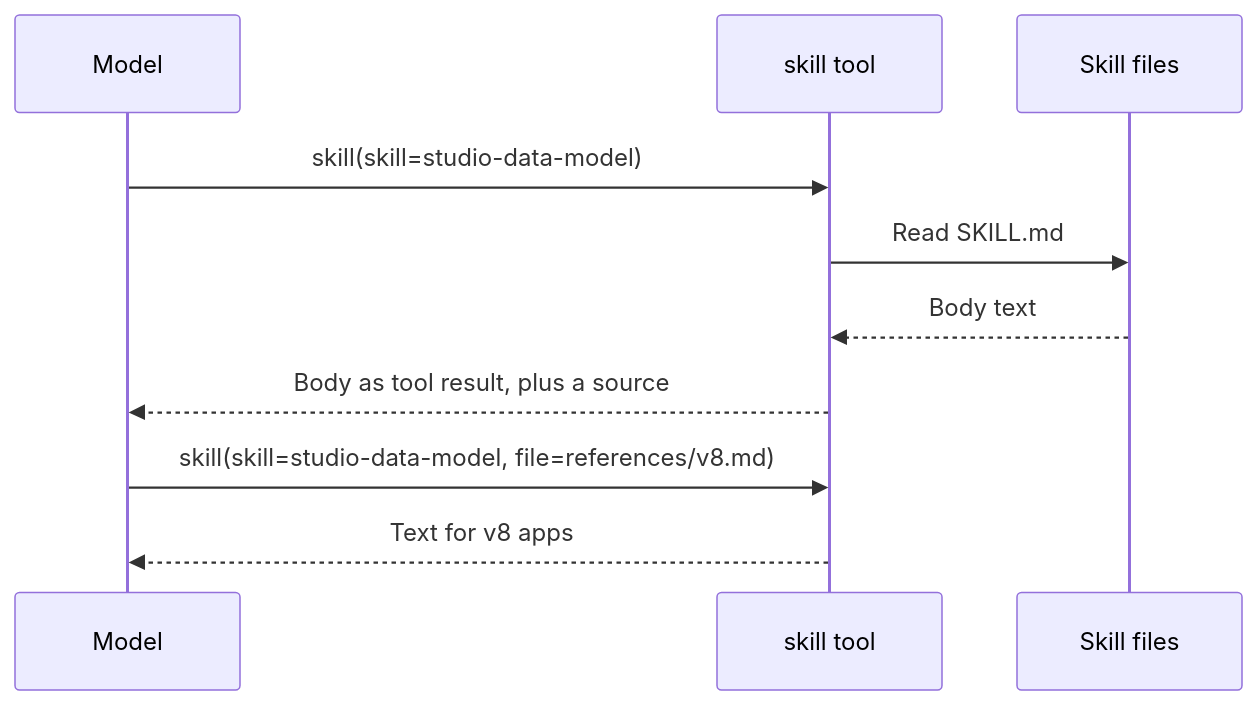
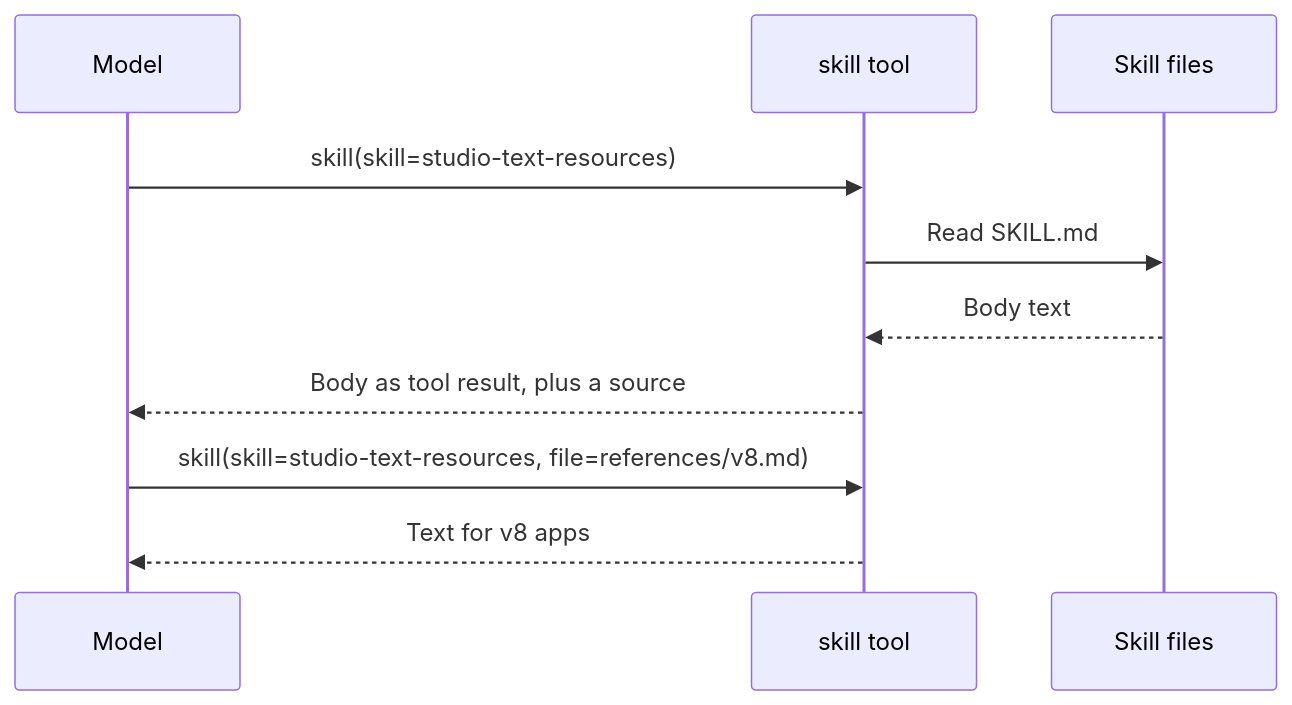
The second of 3 diagrams in src/AI/assistant/docs/modules/prompt-and-skills.md (Altinn/altinn-studio), drawn with Mermaid before and after one commit. The commit also changed 1 other file, not shown here.

Commit message:
fix(assistant): keep parentheses in a checked URL, and load a reference that exists in the skills docs
The link check cut https://host/topic_(detail) at the inner parenthesis, and checked a path that does not exist. A URL now keeps balanced parentheses, and a closing parenthesis without its pair still ends it. The diagram in the skills docs loaded references/v8.md from studio-data-model, which has no version files on this branch. studio-text-resources has one.

````diff
--- a/src/AI/assistant/docs/modules/prompt-and-skills.md
+++ b/src/AI/assistant/docs/modules/prompt-and-skills.md
@@ -25,12 +25,12 @@
 ```mermaid
 sequenceDiagram
   participant M as Model
   participant T as skill tool
   participant F as Skill files
-  M->>T: skill(skill=studio-data-model)
+  M->>T: skill(skill=studio-text-resources)
   T->>F: Read SKILL.md
   F-->>T: Body text
   T-->>M: Body as tool result, plus a source
-  M->>T: skill(skill=studio-data-model, file=references/v8.md)
+  M->>T: skill(skill=studio-text-resources, file=references/v8.md)
   T-->>M: Text for v8 apps
 ```
````
